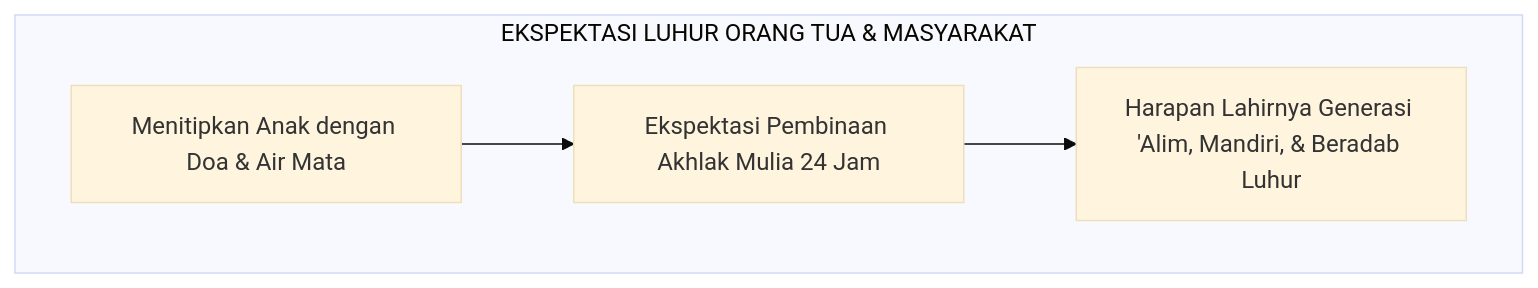
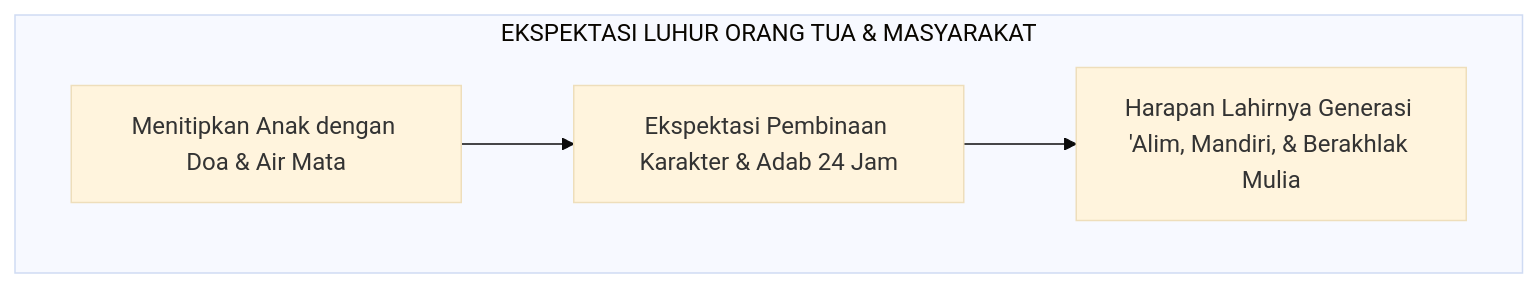
One commit to wandiapriliyandi/tumbuh changed the first of 8 diagrams in BOOK-SERIES/Volume-01/Bab-01-Krisis-Karakter-dan-Urgensi-Rekonstruksi/01-Anomali-Pendidikan-Karakter-Tradisional.md. Above: the diagram before and after it, drawn with Mermaid (base theme). The commit also changed other lines of this file, not shown here.

````diff
--- a/BOOK-SERIES/Volume-01/Bab-01-Krisis-Karakter-dan-Urgensi-Rekonstruksi/01-Anomali-Pendidikan-Karakter-Tradisional.md
+++ b/BOOK-SERIES/Volume-01/Bab-01-Krisis-Karakter-dan-Urgensi-Rekonstruksi/01-Anomali-Pendidikan-Karakter-Tradisional.md
@@ -18,7 +16,7 @@
 ```mermaid
 graph TD
     subgraph HarapanUmat["EKSPEKTASI LUHUR ORANG TUA & MASYARAKAT"]
-        H1["Menitipkan Anak dengan Doa & Air Mata"] --> H2["Ekspektasi Pembinaan Akhlak Mulia 24 Jam"]
-        H2 --> H3["Harapan Lahirnya Generasi 'Alim, Mandiri, & Beradab Luhur"]
+        H1["Menitipkan Anak dengan Doa & Air Mata"] --> H2["Ekspektasi Pembinaan Karakter & Adab 24 Jam"]
+        H2 --> H3["Harapan Lahirnya Generasi 'Alim, Mandiri, & Berakhlak Mulia"]
     end
 ```
````
